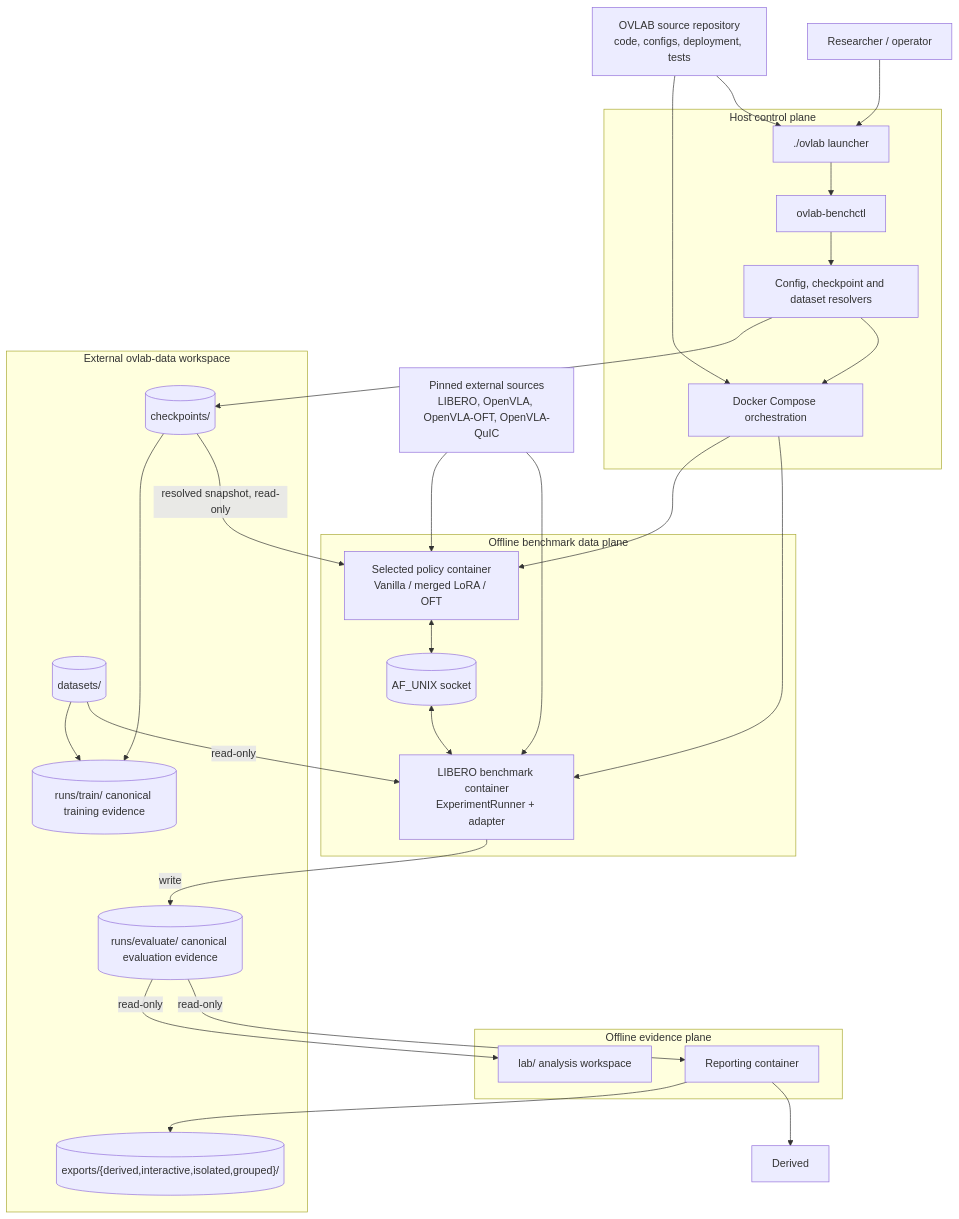
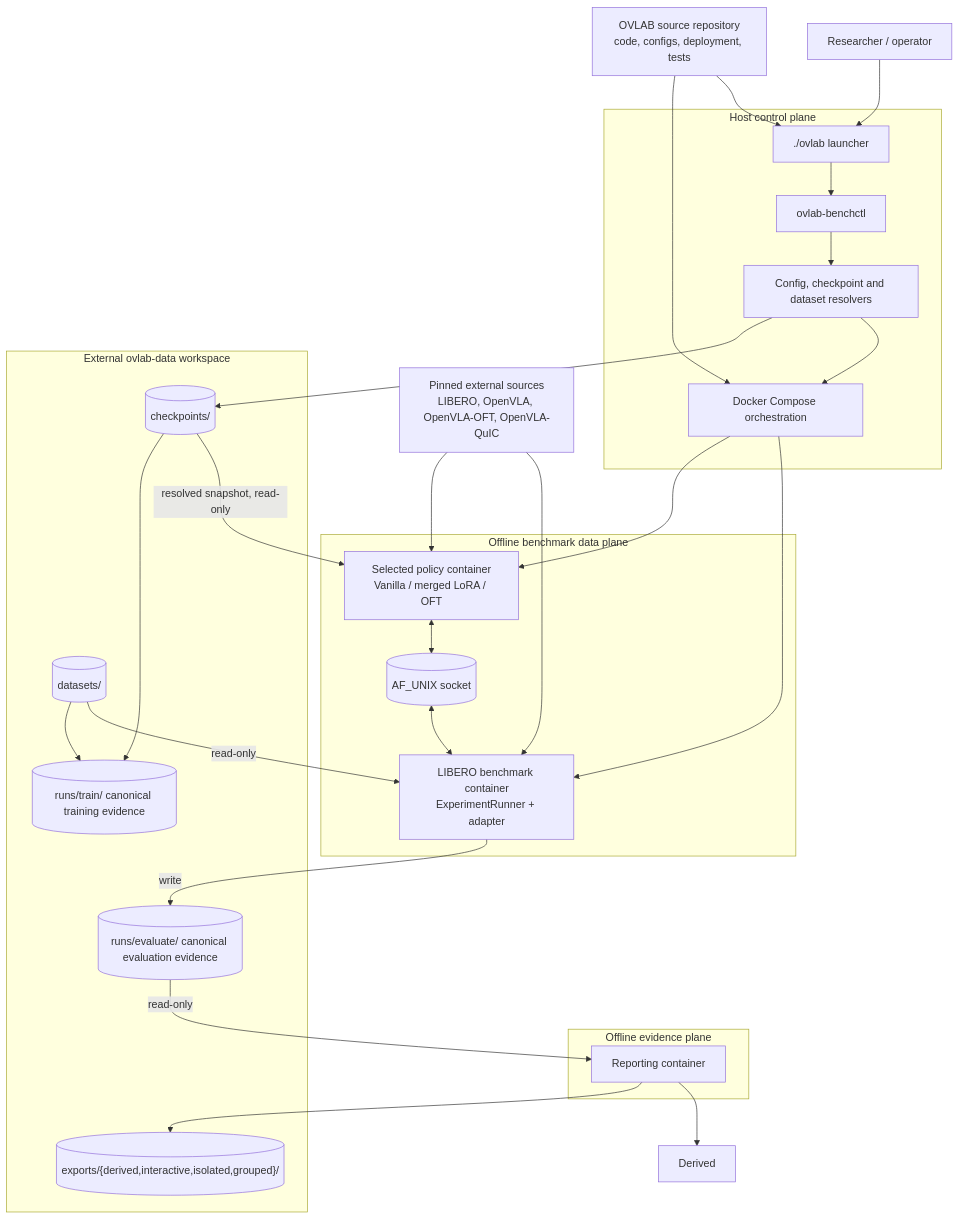
Before and after one commit to kon0327/ovlab: the first of 9 diagrams in ARCHITECTURE.md, drawn with Mermaid. The commit also changed other lines of this file and 28 other files, not shown here.

````diff
--- a/ARCHITECTURE.md
+++ b/ARCHITECTURE.md
@@ -32,52 +32,50 @@
 ```mermaid
 flowchart TB
     User["Researcher / operator"]
     Repo["OVLAB source repository<br/>code, configs, deployment, tests"]
     External["Pinned external sources<br/>LIBERO, OpenVLA, OpenVLA-OFT, OpenVLA-QuIC"]
 
     subgraph Host["Host control plane"]
         Launcher["./ovlab launcher"]
         CLI["ovlab-benchctl"]
         Resolver["Config, checkpoint and dataset resolvers"]
         Compose["Docker Compose orchestration"]
     end
 
     subgraph Runtime["Offline benchmark data plane"]
         Benchmark["LIBERO benchmark container<br/>ExperimentRunner + adapter"]
         RPC[("AF_UNIX socket")]
         Policy["Selected policy container<br/>Vanilla / merged LoRA / OFT"]
     end
 
     subgraph Offline["Offline evidence plane"]
         Reporting["Reporting container"]
-        Lab["lab/ analysis workspace"]
     end
 
     subgraph Data["External ovlab-data workspace"]
         Checkpoints[("checkpoints/")]
         Datasets[("datasets/")]
         Runs[("runs/evaluate/ canonical evaluation evidence")]
         Exports[("exports/{derived,interactive,isolated,grouped}/")]
         TrainingRuns[("runs/train/ canonical training evidence")]
     end
 
     User --> Launcher --> CLI
     Repo --> Launcher
     Repo --> Compose
     External --> Benchmark
     External --> Policy
     CLI --> Resolver --> Compose
     Resolver --> Checkpoints
     Compose --> Benchmark
     Compose --> Policy
     Policy <--> RPC <--> Benchmark
     Datasets -->|read-only| Benchmark
     Checkpoints -->|resolved snapshot, read-only| Policy
     Benchmark -->|write| Runs
     Runs -->|read-only| Reporting
     Reporting --> Derived
     Reporting --> Exports
-    Runs -->|read-only| Lab
     Datasets --> TrainingRuns
     Checkpoints --> TrainingRuns
 ```
````
